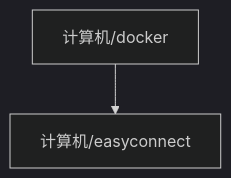
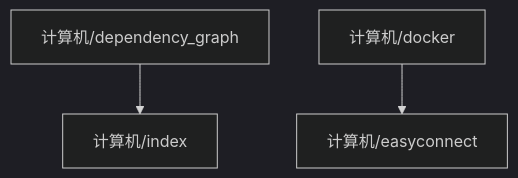
The diagram in content/计算机/dependency_graph.md (zeroDtree/zeroDtree.github.io), drawn with Mermaid (dark theme) before and after one commit. The commit also changed 30 other files, not shown here.

````diff
--- a/content/计算机/dependency_graph.md
+++ b/content/计算机/dependency_graph.md
@@ -1,4 +1,5 @@
 ```mermaid
 graph TD
-1["计算机/docker"] --> 0["计算机/easyconnect"]
+1["计算机/dependency_graph"] --> 0["计算机/index"]
+3["计算机/docker"] --> 2["计算机/easyconnect"]
 ```
````
